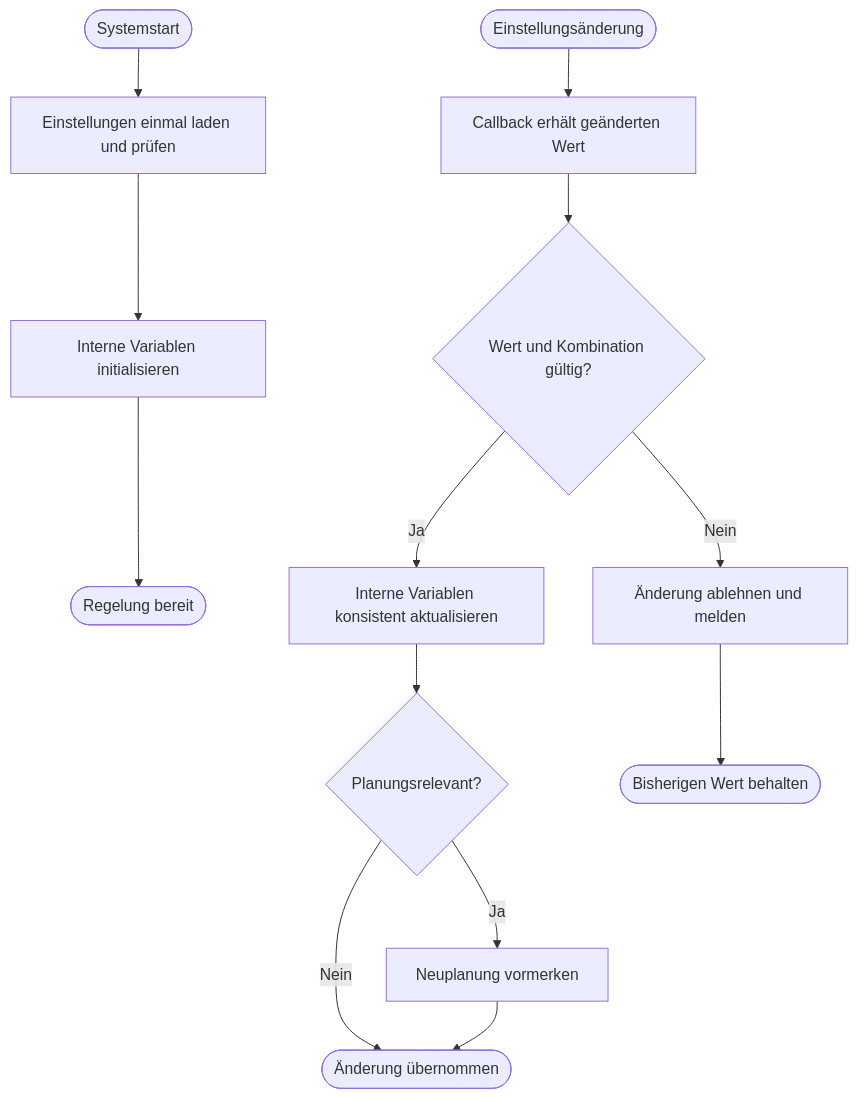
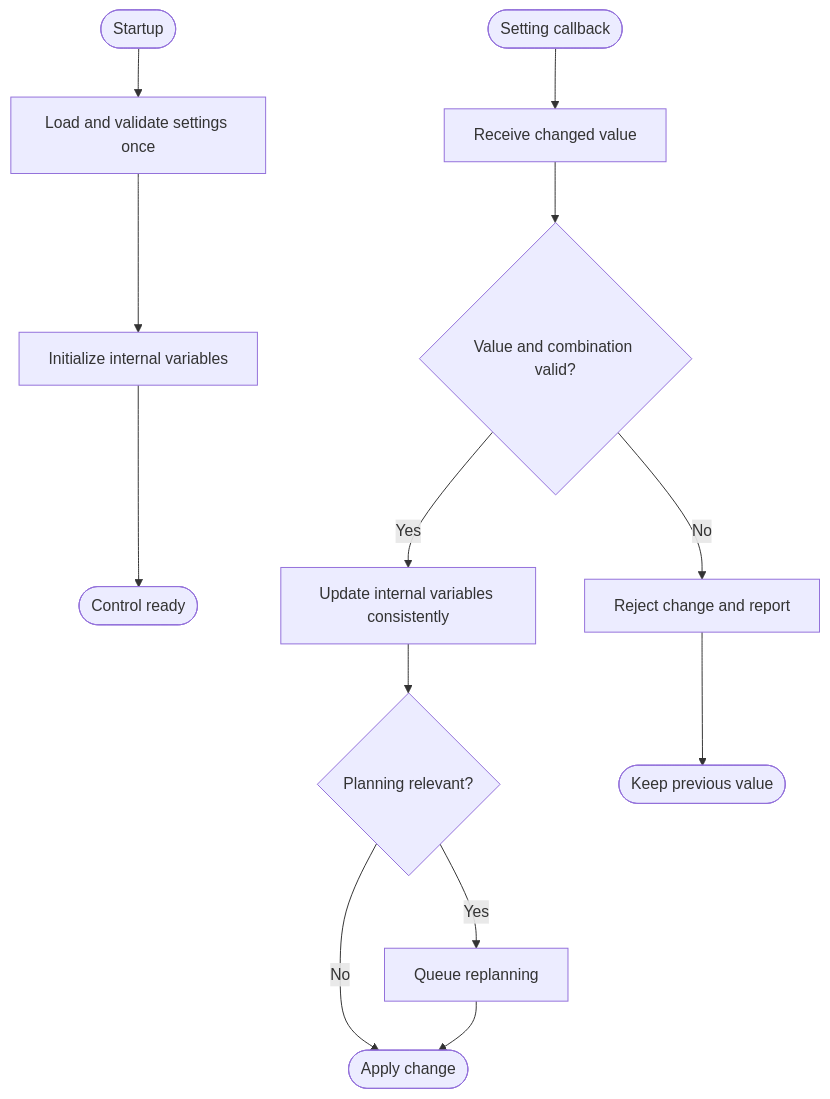
One commit to vitalyruhl/SolarBatteryTelemetry changed the diagram in docs/regelungsplannung/09-einstellungen-callback.md. Above: the diagram before and after it, drawn with Mermaid. The commit also changed other lines of this file and 13 other files, not shown here.

Commit message:
docs: finalize SIL control planning and commissioning defaults

````diff
--- a/docs/regelungsplannung/09-einstellungen-callback.md
+++ b/docs/regelungsplannung/09-einstellungen-callback.md
@@ -16,15 +18,15 @@
 ```mermaid
 flowchart TD
-    A([Systemstart]) --> B[Einstellungen einmal laden und prüfen]
-    B --> C[Interne Variablen initialisieren]
-    C --> D([Regelung bereit])
-    E([Einstellungsänderung]) --> F[Callback erhält geänderten Wert]
-    F --> G{Wert und Kombination gültig?}
-    G -- Nein --> H[Änderung ablehnen und melden]
-    G -- Ja --> I[Interne Variablen konsistent aktualisieren]
-    I --> J{Planungsrelevant?}
-    J -- Ja --> K[Neuplanung vormerken]
-    J -- Nein --> L([Änderung übernommen])
-    K --> L
-    H --> M([Bisherigen Wert behalten])
+ A([Startup]) --> B[Load and validate settings once]
+ B --> C[Initialize internal variables]
+ C --> D([Control ready])
+ E([Setting callback]) --> F[Receive changed value]
+ F --> G{Value and combination valid?}
+ G -- No --> H[Reject change and report]
+ G -- Yes --> I[Update internal variables consistently]
+ I --> J{Planning relevant?}
+ J -- Yes --> K[Queue replanning]
+ J -- No --> L([Apply change])
+ K --> L
+ H --> M([Keep previous value])
 ```
````
